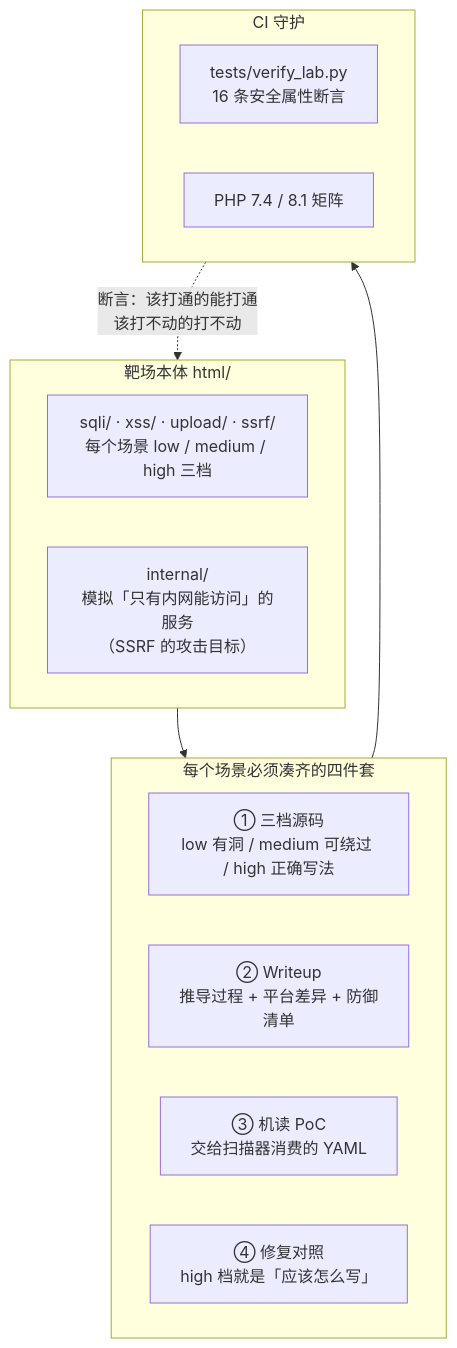
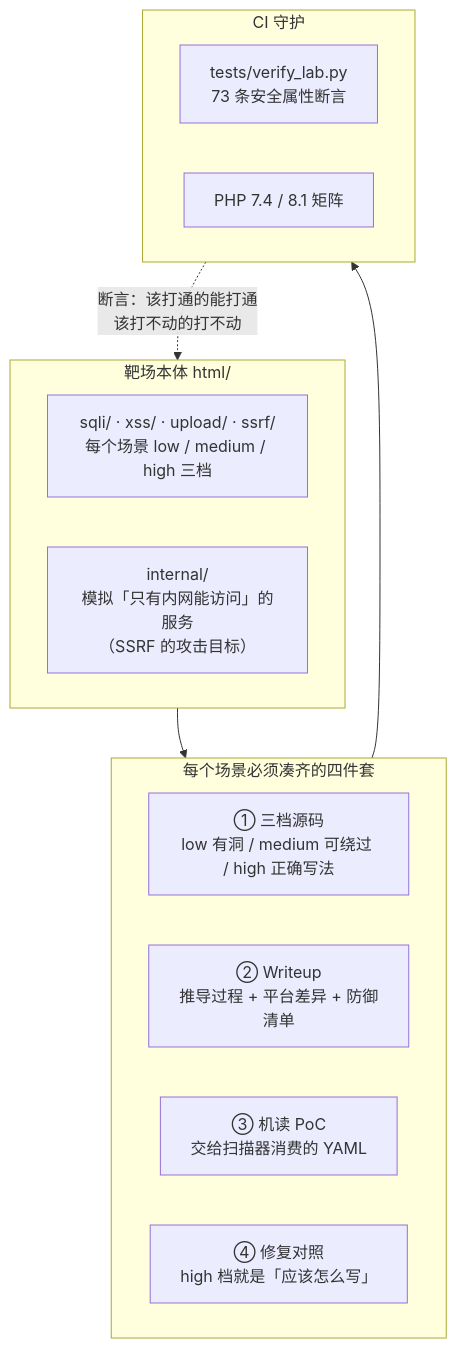
One commit to hediwen831-star/vulnlab changed the diagram in README.md. Above: the diagram before and after it, drawn with Mermaid. The commit also changed other lines of this file and 46 other files, not shown here.

````diff
--- a/README.md
+++ b/README.md
@@ -88,24 +88,24 @@
 ```mermaid
 flowchart TB
     subgraph LAB["靶场本体 html/"]
         L1["sqli/ · xss/ · upload/ · ssrf/<br/>每个场景 low / medium / high 三档"]
         L2["internal/<br/>模拟「只有内网能访问」的服务<br/>（SSRF 的攻击目标）"]
     end
 
     subgraph SET["每个场景必须凑齐的四件套"]
         direction LR
         A1["① 三档源码<br/>low 有洞 / medium 可绕过 / high 正确写法"]
         A2["② Writeup<br/>推导过程 + 平台差异 + 防御清单"]
         A3["③ 机读 PoC<br/>交给扫描器消费的 YAML"]
         A4["④ 修复对照<br/>high 档就是「应该怎么写」"]
     end
 
     subgraph CI["CI 守护"]
-        C1["tests/verify_lab.py<br/>16 条安全属性断言"]
+        C1["tests/verify_lab.py<br/>73 条安全属性断言"]
         C2["PHP 7.4 / 8.1 矩阵"]
     end
 
     LAB --> SET
     SET --> CI
     CI -. "断言：该打通的能打通<br/>该打不动的打不动" .-> LAB
 ```
````
